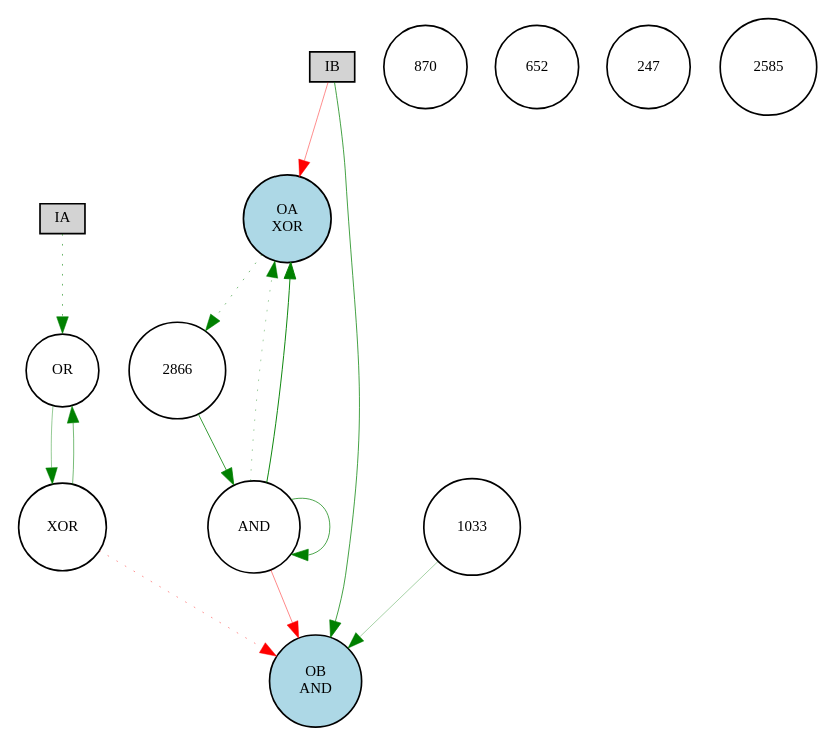
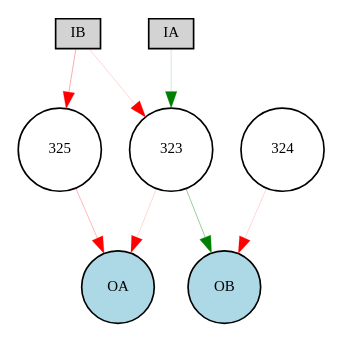
One commit to danxan/neuromorphic-evolution changed the diagram in source/discrete_experiment/Digraph.gv. Above: the diagram before and after it, drawn with Graphviz. The commit also changed 8 other files, not shown here.

```diff
--- a/source/discrete_experiment/Digraph.gv
+++ b/source/discrete_experiment/Digraph.gv
@@ -1,36 +1,17 @@
 digraph {
 	node [fontsize=9 height=0.2 shape=circle width=0.2]
 	IA [fillcolor=lightgray shape=box style=filled]
 	IB [fillcolor=lightgray shape=box style=filled]
-	"OA
-XOR" [fillcolor=lightblue style=filled]
-	"OB
-AND" [fillcolor=lightblue style=filled]
-	870 [fillcolor=white style=filled]
-	1033 [fillcolor=white style=filled]
-	652 [fillcolor=white style=filled]
-	2866 [fillcolor=white style=filled]
-	247 [fillcolor=white style=filled]
-	2585 [fillcolor=white style=filled]
-	IB -> "OA
-XOR" [color=red penwidth=0.26511972518190985 style=solid]
-	IB -> "OB
-AND" [color=green penwidth=0.44439891870112436 style=solid]
-	AND -> "OA
-XOR" [color=green penwidth=0.2223988041802151 style=dotted]
-	AND -> AND [color=green penwidth=0.4249525853809706 style=solid]
-	IA -> OR [color=green penwidth=0.3470788339644254 style=dotted]
-	AND -> "OB
-AND" [color=red penwidth=0.28155673518189617 style=solid]
-	XOR -> "OB
-AND" [color=red penwidth=0.26078089764804324 style=dotted]
-	OR -> XOR [color=green penwidth=0.2487188200853865 style=solid]
-	1033 -> "OB
-AND" [color=green penwidth=0.20772091738767576 style=solid]
-	AND -> "OA
-XOR" [color=green penwidth=0.5738318278442679 style=solid]
-	"OA
-XOR" -> 2866 [color=green penwidth=0.3112992002649394 style=dotted]
-	XOR -> OR [color=green penwidth=0.31685594035575293 style=solid]
-	2866 -> AND [color=green penwidth=0.4715085942984605 style=solid]
+	OA [fillcolor=lightblue style=filled]
+	OB [fillcolor=lightblue style=filled]
+	323 [fillcolor=white style=filled]
+	324 [fillcolor=white style=filled]
+	325 [fillcolor=white style=filled]
+	IA -> 323 [color=green penwidth=0.10696727098009429 style=solid]
+	IB -> 323 [color=red penwidth=0.1 style=solid]
+	IB -> 325 [color=red penwidth=0.19752530692346462 style=solid]
+	323 -> OA [color=red penwidth=0.1 style=solid]
+	323 -> OB [color=green penwidth=0.23709912591567464 style=solid]
+	324 -> OB [color=red penwidth=0.1 style=solid]
+	325 -> OA [color=red penwidth=0.16527630110786878 style=solid]
 }
```
